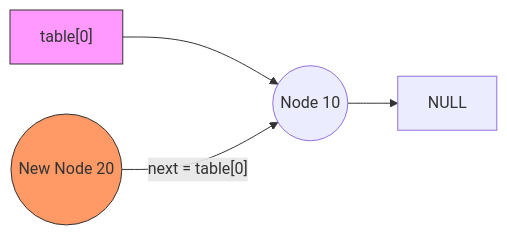
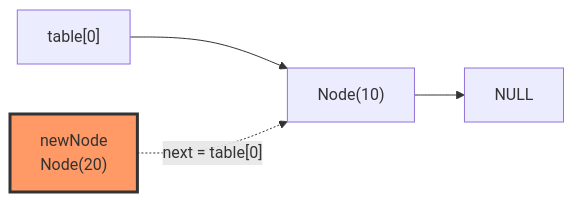
One commit to muhammad-khaled-tech/My-Study-Notes changed diagram 12 of 24 in Data Structure/16-Hash Table - lecture codes.md. Above: the diagram before and after it, drawn with Mermaid. The commit also changed other lines of this file and 3 other files, not shown here.

````diff
--- a/Data Structure/16-Hash Table - lecture codes.md
+++ b/Data Structure/16-Hash Table - lecture codes.md
@@ -568,9 +530,9 @@
 ```mermaid
 graph LR
-    Table["table[0]"] --> Node10((Node 10))
-    NewNode((New Node 20)) -- "next = table[0]" --> Node10
-    Node10 --> NULL1[NULL]
-
-    style NewNode fill:#f96,stroke:#333
-    style Table fill:#f9f,stroke:#333
+    T0["table[0]"] --> N10["Node(10)"]
+    
+    NewN["newNode<br/>Node(20)"] -.->|"next = table[0]"| N10
+    N10 --> NULL1[NULL]
+    
+    style NewN fill:#f96,stroke:#333,stroke-width:3px
 ```
````
